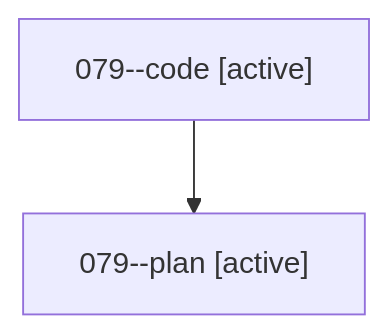
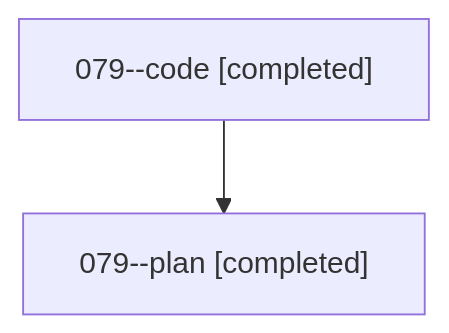
The diagram in families/bbugyi200.athena.079.md (sase-org/sase--agents), drawn with Mermaid before and after one commit. The commit also changed other lines of this file and 48 other files, not shown here.

````diff
--- a/families/bbugyi200.athena.079.md
+++ b/families/bbugyi200.athena.079.md
@@ -9,6 +9,6 @@
 ```mermaid
 flowchart TD
-  n0["079--code [active]"]
-  n1["079--plan [active]"]
+  n0["079--code [completed]"]
+  n1["079--plan [completed]"]
   n0 --> n1
 ```
````
